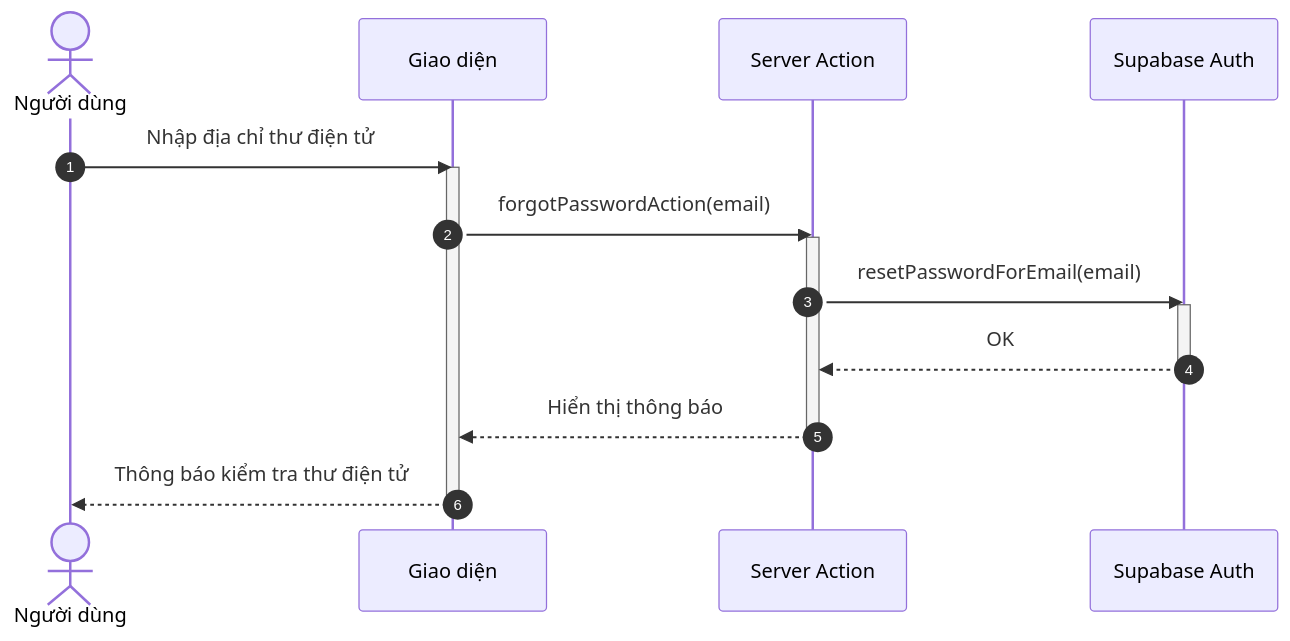
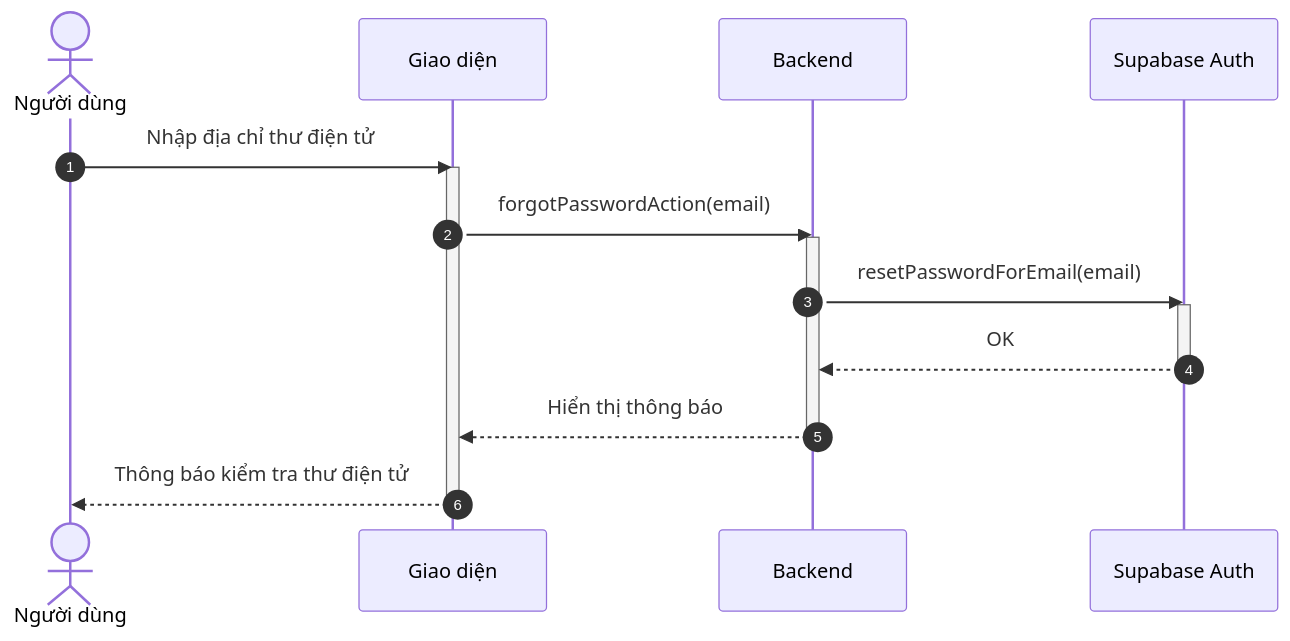
Before and after one commit to ngoctinn/Synapse: the fourth of 7 diagrams in docs/design/sequences/authentication.md, drawn with Mermaid. The commit also changed other lines of this file and 7 other files, not shown here.

Commit message:
docs: Add initial design documentation for authentication, user flows, and algorithm specification.

````diff
--- a/docs/design/sequences/authentication.md
+++ b/docs/design/sequences/authentication.md
@@ -131,24 +121,24 @@
 ```mermaid
 sequenceDiagram
     autonumber
     actor ND as Người dùng
     participant UI as Giao diện
-    participant BFF as Server Action
+    participant BE as Backend
     participant SUPA as Supabase Auth
 
     ND->>UI: Nhập địa chỉ thư điện tử
     activate UI
-    UI->>BFF: forgotPasswordAction(email)
-    activate BFF
+    UI->>BE: forgotPasswordAction(email)
+    activate BE
 
-    BFF->>SUPA: resetPasswordForEmail(email)
+    BE->>SUPA: resetPasswordForEmail(email)
     activate SUPA
-    SUPA-->>BFF: OK
+    SUPA-->>BE: OK
     deactivate SUPA
 
-    BFF-->>UI: Hiển thị thông báo
-    deactivate BFF
+    BE-->>UI: Hiển thị thông báo
+    deactivate BE
 
     UI-->>ND: Thông báo kiểm tra thư điện tử
     deactivate UI
 ```
````
